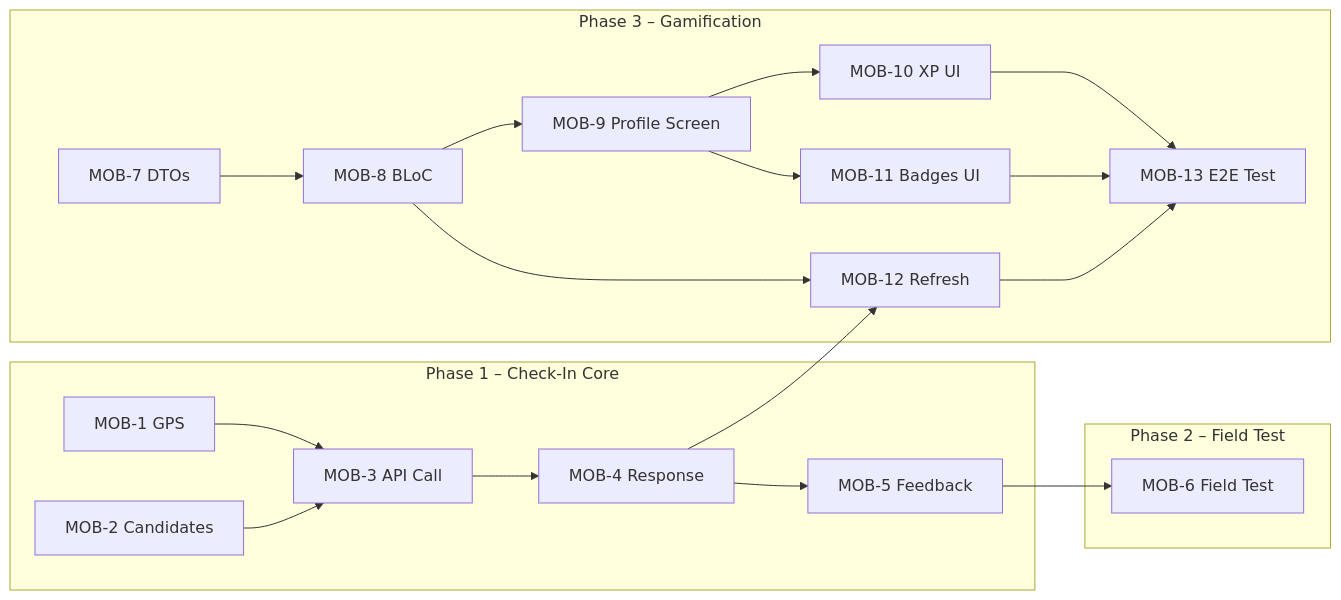
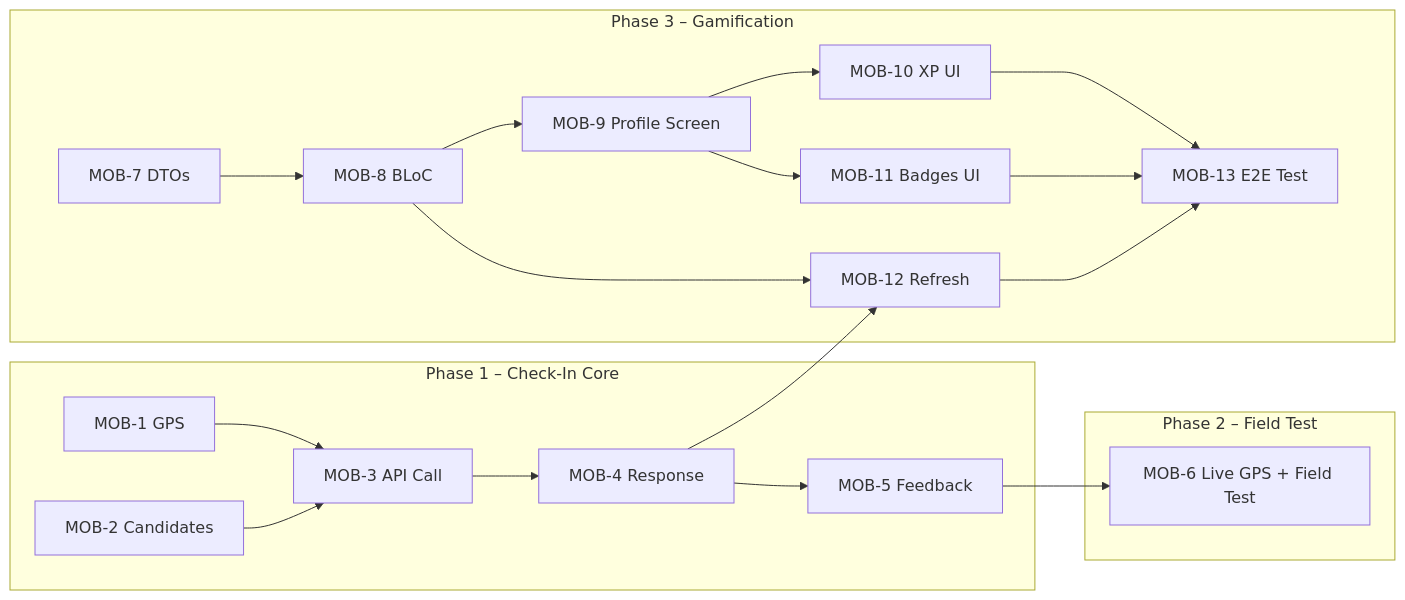
One commit to VacanzaTravelApp/Vacanza changed the diagram in mobile/MOBILE_SPRINT4_GUIDE.md. Above: the diagram before and after it, drawn with Mermaid. The commit also changed other lines of this file and 3 other files, not shown here.

First line of the commit message:
feat(MOB-6): live GPS integration + first-fix camera centering

````diff
--- a/mobile/MOBILE_SPRINT4_GUIDE.md
+++ b/mobile/MOBILE_SPRINT4_GUIDE.md
@@ -49,23 +49,23 @@
 ```mermaid
 graph LR
   subgraph "Phase 1 – Check-In Core"
     MOB1[MOB-1 GPS] --> MOB3[MOB-3 API Call]
     MOB2[MOB-2 Candidates] --> MOB3
     MOB3 --> MOB4[MOB-4 Response]
     MOB4 --> MOB5[MOB-5 Feedback]
   end
   subgraph "Phase 2 – Field Test"
-    MOB5 --> MOB6[MOB-6 Field Test]
+    MOB5 --> MOB6[MOB-6 Live GPS + Field Test]
   end
   subgraph "Phase 3 – Gamification"
     MOB7[MOB-7 DTOs] --> MOB8[MOB-8 BLoC]
     MOB8 --> MOB9[MOB-9 Profile Screen]
     MOB9 --> MOB10[MOB-10 XP UI]
     MOB9 --> MOB11[MOB-11 Badges UI]
     MOB4 --> MOB12[MOB-12 Refresh]
     MOB8 --> MOB12
     MOB10 --> MOB13[MOB-13 E2E Test]
     MOB11 --> MOB13
     MOB12 --> MOB13
   end
 ```
````
